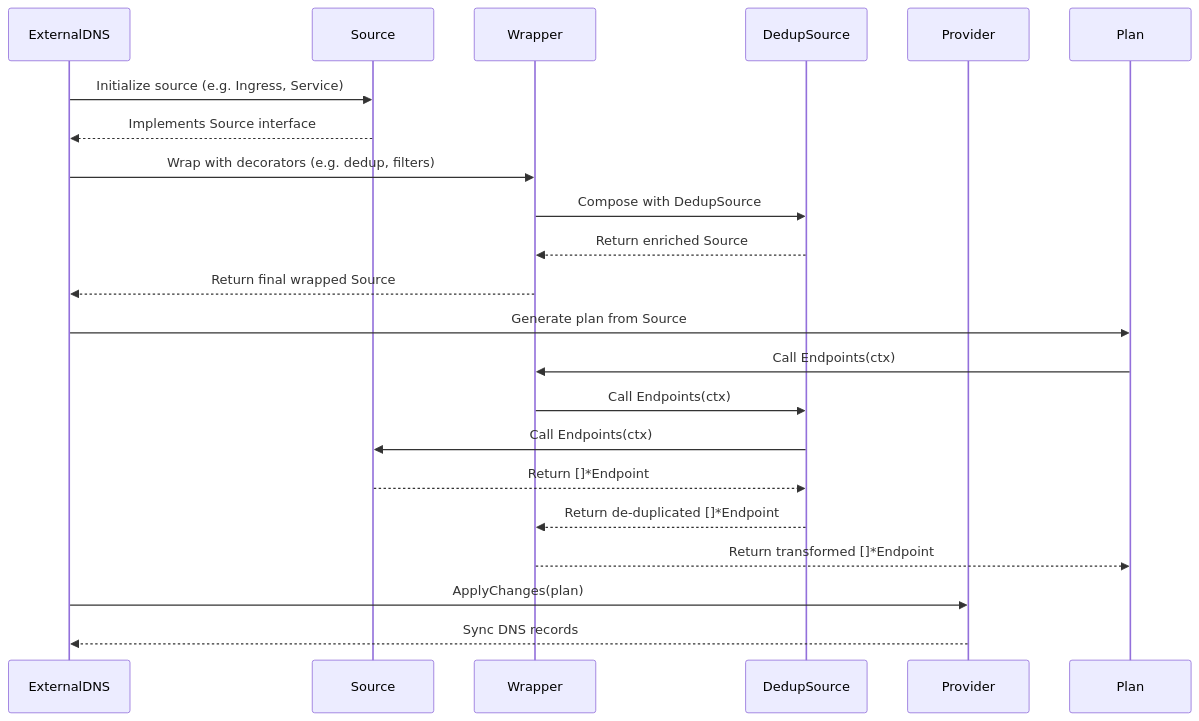
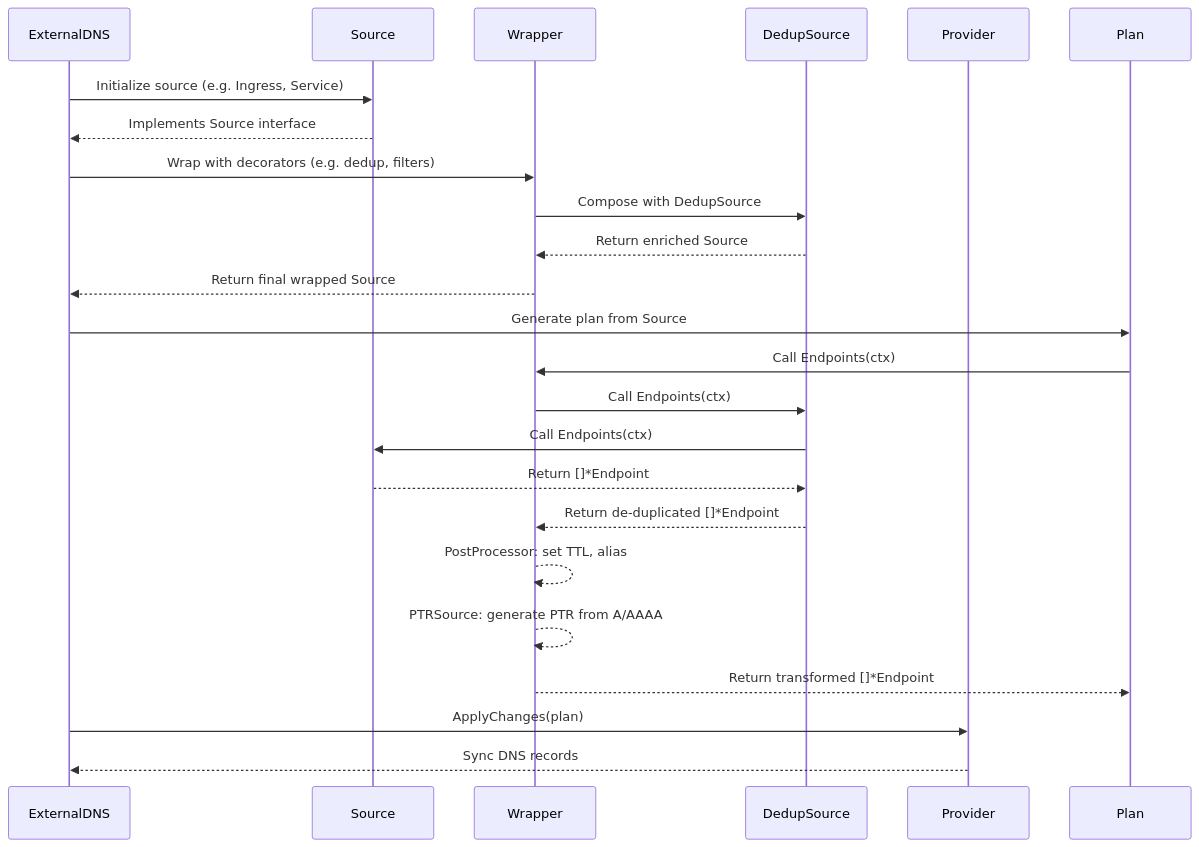
The diagram in docs/contributing/source-wrappers.md (kubernetes-sigs/external-dns), drawn with Mermaid before and after one commit. The commit also changed other lines of this file and 1 other file, not shown here.

First line of the commit message:
docs: update PTR records and source wrappers documentation

````diff
--- a/docs/contributing/source-wrappers.md
+++ b/docs/contributing/source-wrappers.md
@@ -133,29 +136,31 @@
 ```mermaid
 sequenceDiagram
     participant ExternalDNS
     participant Source
     participant Wrapper
     participant DedupWrapper as DedupSource
     participant Provider
     participant Plan
 
     ExternalDNS->>Source: Initialize source (e.g. Ingress, Service)
     Source-->>ExternalDNS: Implements Source interface
 
     ExternalDNS->>Wrapper: Wrap with decorators (e.g. dedup, filters)
     Wrapper->>DedupWrapper: Compose with DedupSource
     DedupWrapper-->>Wrapper: Return enriched Source
 
     Wrapper-->>ExternalDNS: Return final wrapped Source
 
     ExternalDNS->>Plan: Generate plan from Source
     Plan->>Wrapper: Call Endpoints(ctx)
     Wrapper->>DedupWrapper: Call Endpoints(ctx)
     DedupWrapper->>Source: Call Endpoints(ctx)
     Source-->>DedupWrapper: Return []*Endpoint
     DedupWrapper-->>Wrapper: Return de-duplicated []*Endpoint
+    Wrapper-->>Wrapper: PostProcessor: set TTL, alias
+    Wrapper-->>Wrapper: PTRSource: generate PTR from A/AAAA
     Wrapper-->>Plan: Return transformed []*Endpoint
 
     ExternalDNS->>Provider: ApplyChanges(plan)
     Provider-->>ExternalDNS: Sync DNS records
 ```
````
